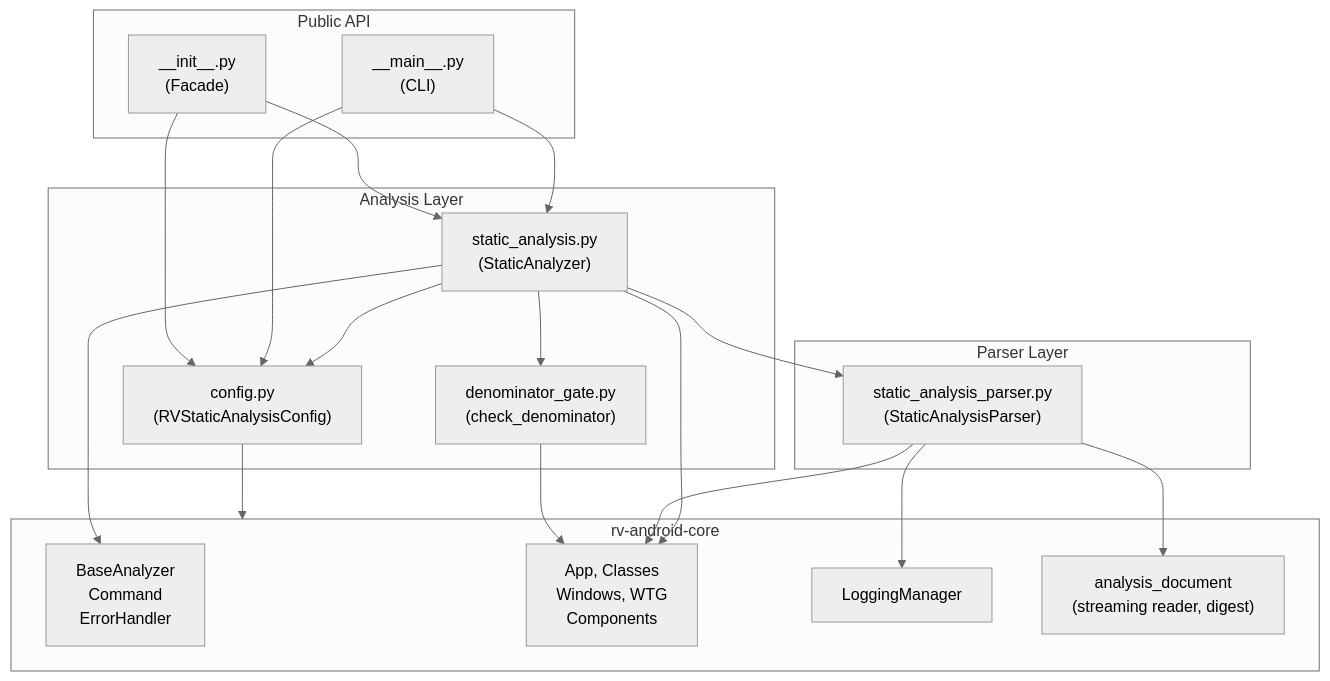
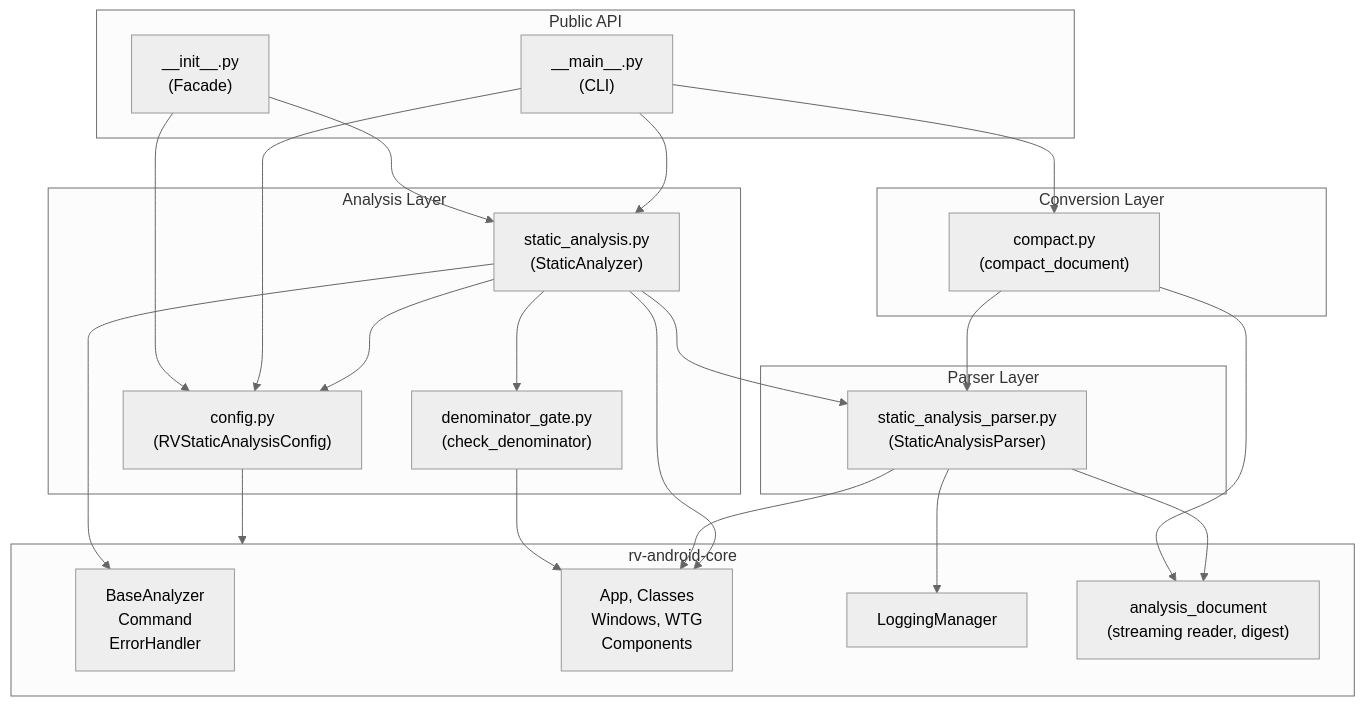
Before and after one commit to PAMunb/rvsec: the third of 6 diagrams in rv-android/modules/rv-static-analysis/docs/architecture.md, drawn with Mermaid. The commit also changed other lines of this file and 36 other files, not shown here.

````diff
--- a/rv-android/modules/rv-static-analysis/docs/architecture.md
+++ b/rv-android/modules/rv-static-analysis/docs/architecture.md
@@ -408,37 +436,43 @@
 ```mermaid
 %%{init: {'theme': 'neutral'}}%%
 flowchart TB
     subgraph Public["Public API"]
         INIT["__init__.py\n(Facade)"]
         MAIN["__main__.py\n(CLI)"]
     end
     subgraph Analysis["Analysis Layer"]
         ANALYZER["static_analysis.py\n(StaticAnalyzer)"]
         CONFIG["config.py\n(RVStaticAnalysisConfig)"]
         GATE["denominator_gate.py\n(check_denominator)"]
     end
+    subgraph Conversion["Conversion Layer"]
+        COMPACTMOD["compact.py\n(compact_document)"]
+    end
     subgraph Parser["Parser Layer"]
         PARSER["static_analysis_parser.py\n(StaticAnalysisParser)"]
     end
     subgraph CoreDep["rv-android-core"]
         BASE["BaseAnalyzer\nCommand\nErrorHandler"]
         DOMAIN["App, Classes\nWindows, WTG\nComponents"]
         UTIL["LoggingManager"]
         DOCREAD["analysis_document\n(streaming reader, digest)"]
     end
 
     INIT --> ANALYZER
+    MAIN --> COMPACTMOD
+    COMPACTMOD --> DOCREAD
+    COMPACTMOD --> PARSER
     INIT --> CONFIG
     MAIN --> ANALYZER
     MAIN --> CONFIG
     ANALYZER --> CONFIG
     ANALYZER --> PARSER
     ANALYZER --> GATE
     GATE --> DOMAIN
     PARSER --> DOMAIN
     PARSER --> UTIL
     PARSER --> DOCREAD
     ANALYZER --> BASE
     ANALYZER --> DOMAIN
     CONFIG --> CoreDep
 ```
````
